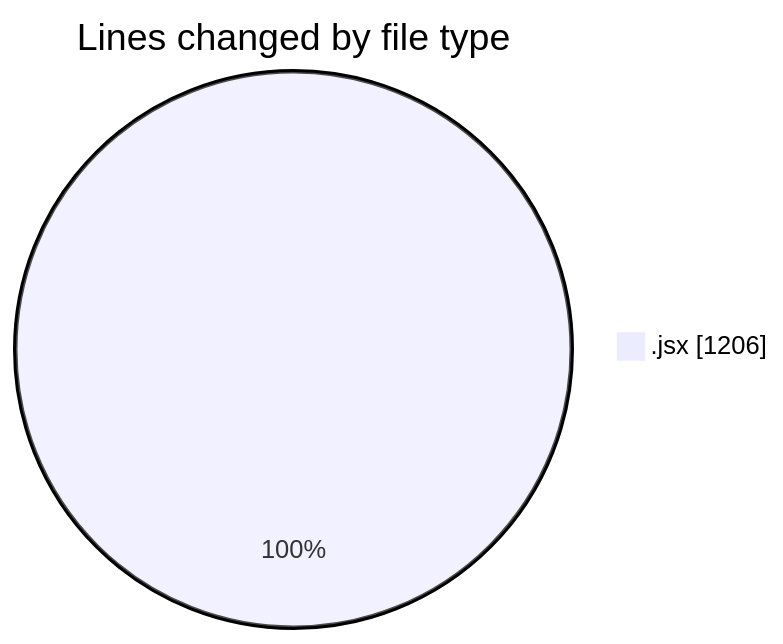
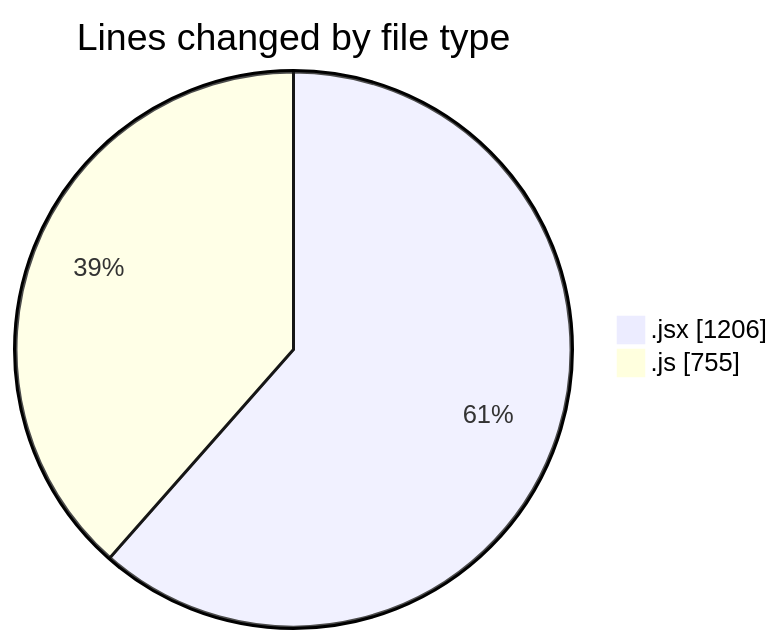
Before and after one commit to nxtqubesakshisongat/code-tracking: the first of 2 diagrams in 2025-10-27/nxtqube_webapp/README.md, drawn with Mermaid. The commit also changed other lines of this file and 1 other file, not shown here.

````diff
--- a/2025-10-27/nxtqube_webapp/README.md
+++ b/2025-10-27/nxtqube_webapp/README.md
@@ -20,5 +21,6 @@
 ```mermaid
 pie showData
 title Lines changed by file type
 ".jsx" : 1206
+".js" : 755
 ```
````
